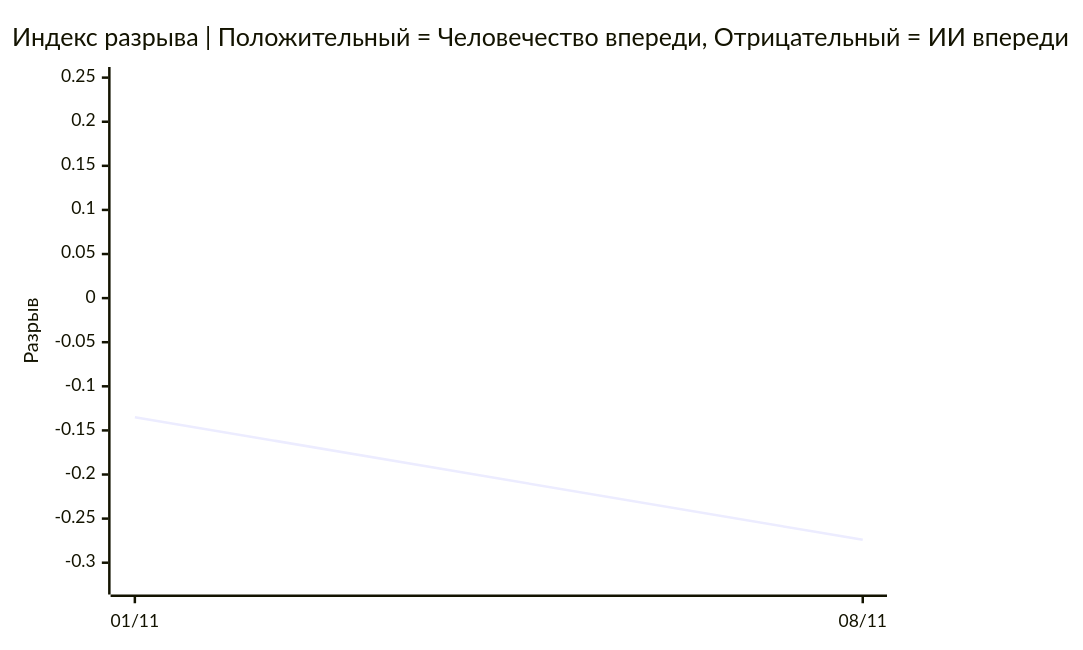
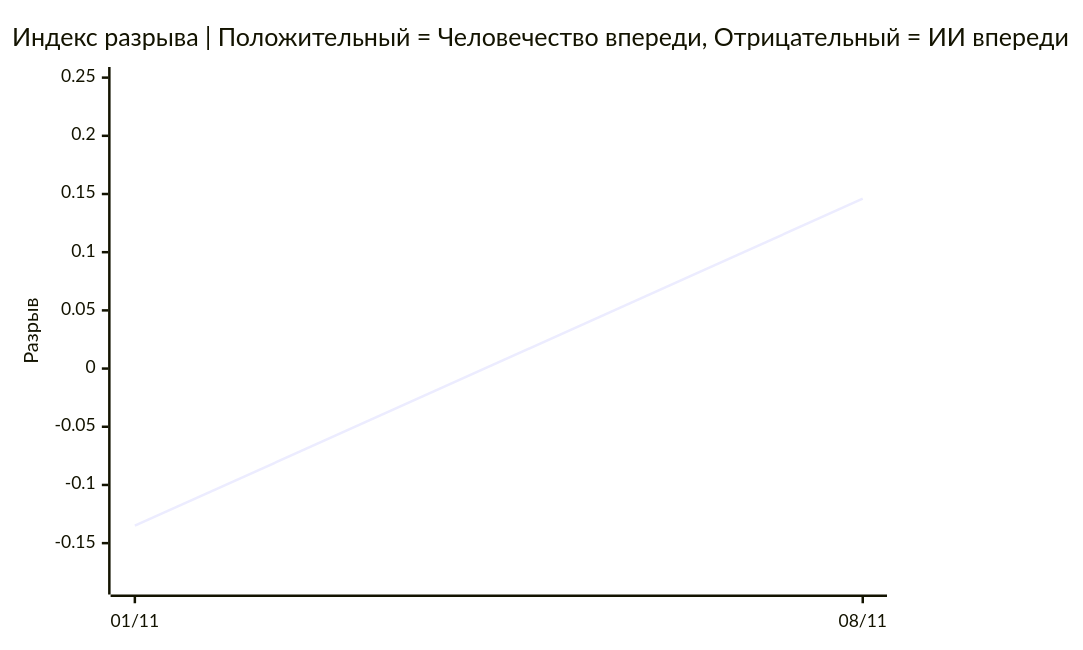
Before and after one commit to VQQLK/Human-AI-Monitor: the second of 3 diagrams in README.ru.md, drawn with Mermaid. The commit also changed other lines of this file and 4 other files, not shown here.

````diff
--- a/README.ru.md
+++ b/README.ru.md
@@ -44,7 +44,7 @@
 ```mermaid
 xychart-beta
     title "Индекс разрыва | Положительный = Человечество впереди, Отрицательный = ИИ впереди"
     x-axis ["01/11", "08/11"]
-    y-axis "Разрыв" -0.324 --> 0.250
-    line [-0.135, -0.274]
+    y-axis "Разрыв" -0.185 --> 0.250
+    line [-0.135, 0.146]
 ```
````
